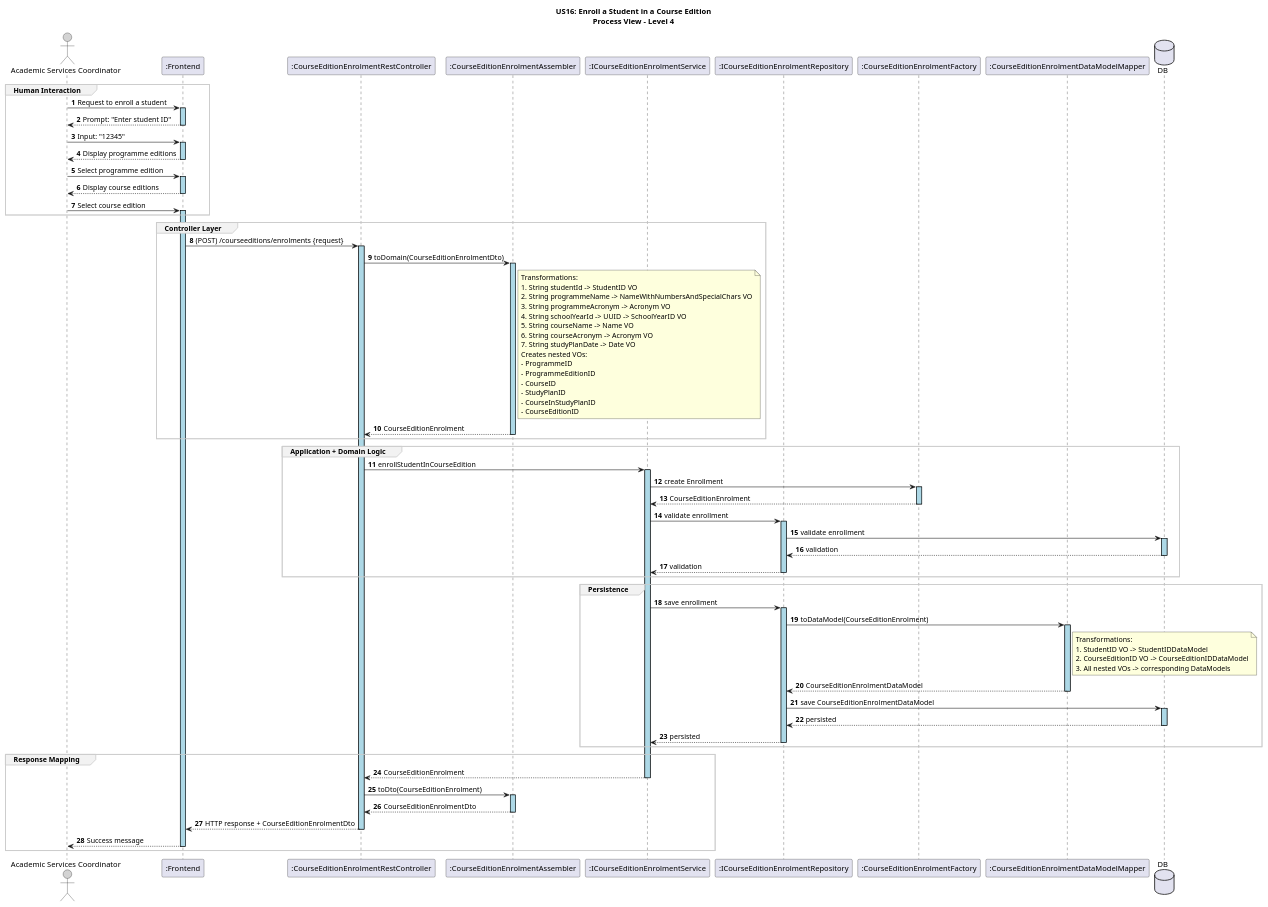
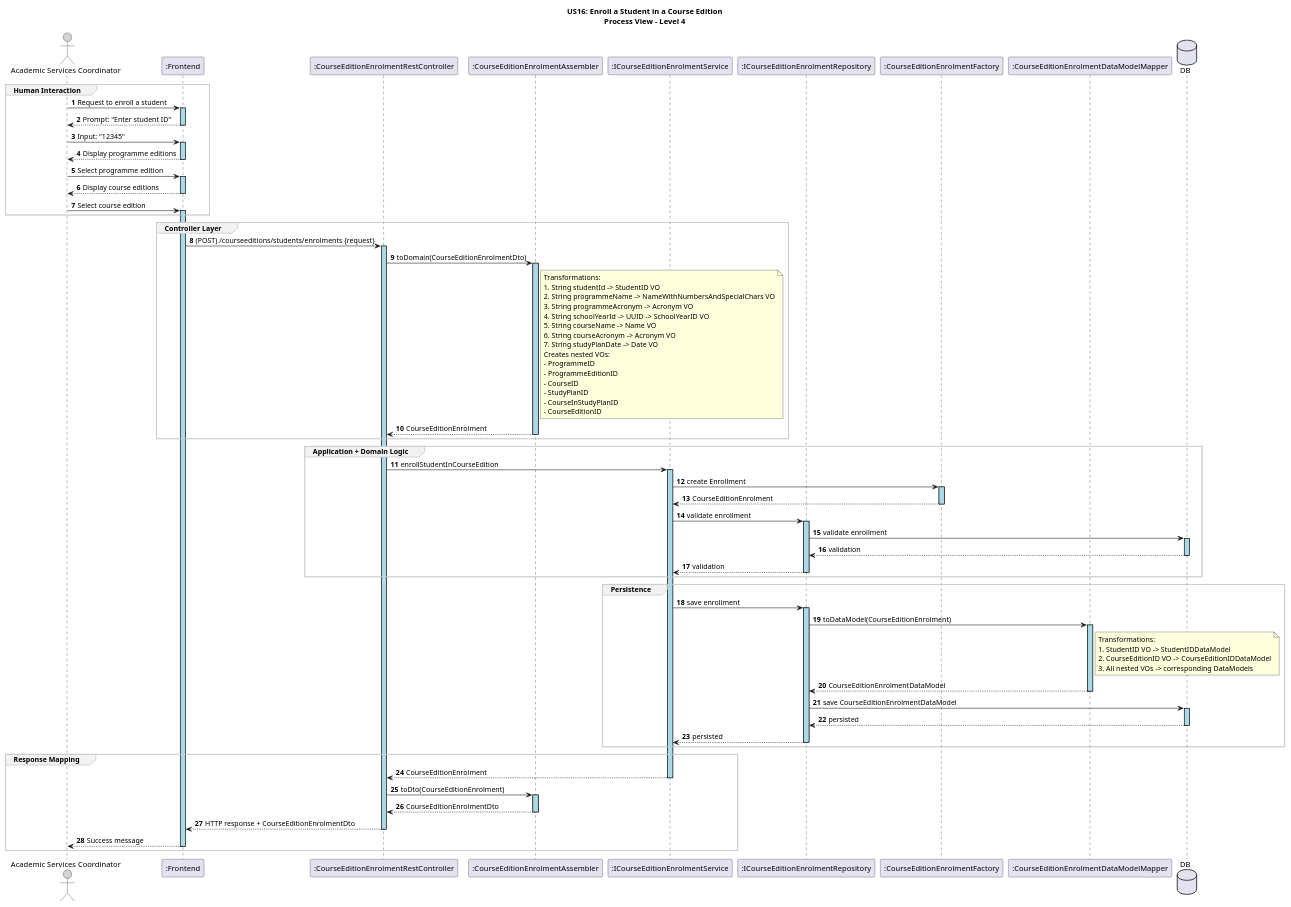
Before and after one commit to GasparISEP/DevOps-PAI: the diagram in docs/US16/sprint6_RestController/process_view/Level4.puml, drawn with PlantUML. The commit also changed 6 other files, not shown here.

Commit message:
refactor: update sequence diagrams for student enrollment process. Change terminology for clarity, adjust HTTP request paths, and enhance visual consistency across diagrams. Remove obsolete Level 6 diagram. refs #589 #500

```diff
--- a/docs/US16/sprint6_RestController/process_view/Level4.puml
+++ b/docs/US16/sprint6_RestController/process_view/Level4.puml
@@ -1,91 +1,91 @@
 @startuml
 
 title US16: Enroll a Student in a Course Edition\nProcess View – Level 4
 
 autonumber
 skinparam sequence {
     LifelineBorderColor black
     LifelineBackgroundColor LightBlue
     ActorBorderColor black
     ActorBackgroundColor LightGray
     GroupBorderColor #cccccc
     GroupBackgroundColor #f2f2f2
 }
 
 actor "Academic Services Coordinator" as ASC
 participant ":Frontend" as UI
 participant ":CourseEditionEnrolmentRestController" as Controller
 participant ":CourseEditionEnrolmentAssembler" as Assembler
 participant ":ICourseEditionEnrolmentService" as Service
 participant ":ICourseEditionEnrolmentRepository" as Repository
 participant ":CourseEditionEnrolmentFactory" as Factory
 participant ":CourseEditionEnrolmentDataModelMapper" as DataModelMapper
 database "DB" as SpringDataRepo
 
 group Human Interaction
 ASC -> UI ++: Request to enroll a student
 UI --> ASC --: Prompt: "Enter student ID"
 ASC -> UI ++: Input: "12345"
 UI --> ASC --: Display programme editions
 ASC -> UI ++: Select programme edition
 UI --> ASC --: Display course editions
 ASC -> UI ++: Select course edition
 end group
 
 group Controller Layer
-UI -> Controller ++: (POST) /courseeditions/enrolments {request}
+UI -> Controller ++: (POST) /courseeditions/students/enrolments {request}
 Controller -> Assembler ++: toDomain(CourseEditionEnrolmentDto)
 note right of Assembler
   Transformations:
   1. String studentId -> StudentID VO
   2. String programmeName -> NameWithNumbersAndSpecialChars VO
   3. String programmeAcronym -> Acronym VO
   4. String schoolYearId -> UUID -> SchoolYearID VO
   5. String courseName -> Name VO
   6. String courseAcronym -> Acronym VO
   7. String studyPlanDate -> Date VO
   Creates nested VOs:
   - ProgrammeID
   - ProgrammeEditionID
   - CourseID
   - StudyPlanID
   - CourseInStudyPlanID
   - CourseEditionID
 end note
 Assembler --> Controller --: CourseEditionEnrolment
 end group
 
 group Application + Domain Logic
 Controller -> Service ++: enrollStudentInCourseEdition
 Service -> Factory ++: create Enrollment
 Factory --> Service --: CourseEditionEnrolment
 Service -> Repository ++: validate enrollment
 Repository -> SpringDataRepo ++: validate enrollment
 SpringDataRepo --> Repository --: validation
 Repository --> Service --: validation
 end group
 
 group Persistence
 Service -> Repository ++: save enrollment
 Repository -> DataModelMapper ++: toDataModel(CourseEditionEnrolment)
 note right of DataModelMapper
   Transformations:
   1. StudentID VO -> StudentIDDataModel
   2. CourseEditionID VO -> CourseEditionIDDataModel
   3. All nested VOs -> corresponding DataModels
 end note
 DataModelMapper --> Repository --: CourseEditionEnrolmentDataModel
 Repository -> SpringDataRepo ++: save CourseEditionEnrolmentDataModel
 SpringDataRepo --> Repository --: persisted
 Repository --> Service --: persisted
 end group
 
 group Response Mapping
 Service --> Controller --: CourseEditionEnrolment
 Controller -> Assembler ++: toDto(CourseEditionEnrolment)
 Assembler --> Controller --: CourseEditionEnrolmentDto
 Controller --> UI --: HTTP response + CourseEditionEnrolmentDto
 UI --> ASC --: Success message
 end group
 
 @enduml
```
